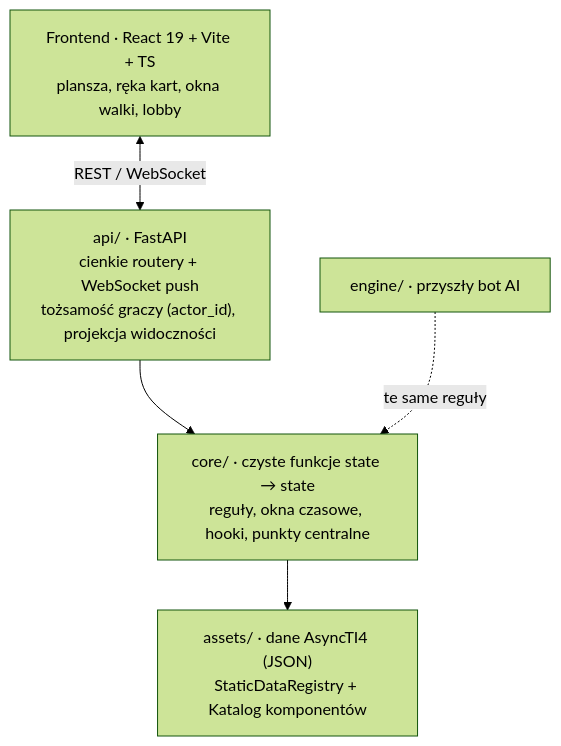
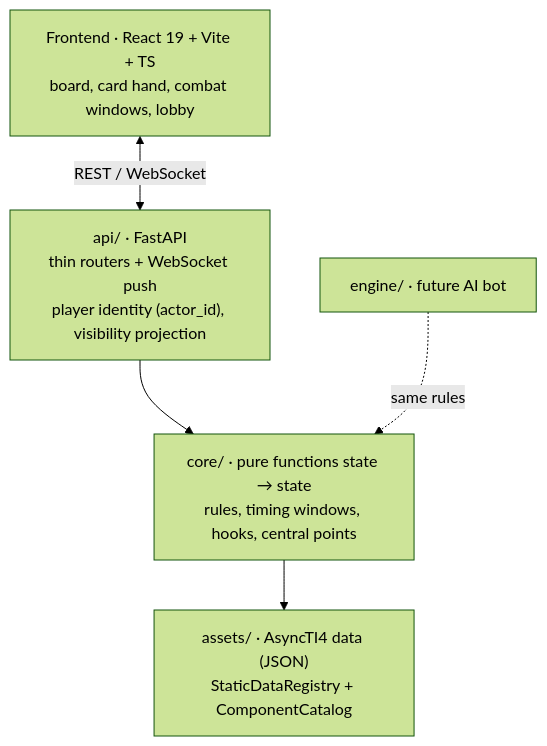
The diagram in README.md (karolm43/Pax-Magnifica), drawn with Mermaid (forest theme) before and after one commit. The commit also changed other lines of this file and 91 other files, not shown here.

````diff
--- a/README.md
+++ b/README.md
@@ -85,13 +85,13 @@
 ```mermaid
 flowchart TD
-    UI["Frontend · React 19 + Vite + TS<br/>plansza, ręka kart, okna walki, lobby"]
-    API["api/ · FastAPI<br/>cienkie routery + WebSocket push<br/>tożsamość graczy (actor_id), projekcja widoczności"]
-    CORE["core/ · czyste funkcje state → state<br/>reguły, okna czasowe, hooki, punkty centralne"]
-    DATA["assets/ · dane AsyncTI4 (JSON)<br/>StaticDataRegistry + Katalog komponentów"]
-    AI["engine/ · przyszły bot AI"]
+    UI["Frontend · React 19 + Vite + TS<br/>board, card hand, combat windows, lobby"]
+    API["api/ · FastAPI<br/>thin routers + WebSocket push<br/>player identity (actor_id), visibility projection"]
+    CORE["core/ · pure functions state → state<br/>rules, timing windows, hooks, central points"]
+    DATA["assets/ · AsyncTI4 data (JSON)<br/>StaticDataRegistry + ComponentCatalog"]
+    AI["engine/ · future AI bot"]
 
     UI <-->|REST / WebSocket| API
     API --> CORE
-    AI -.->|te same reguły| CORE
+    AI -.->|same rules| CORE
     CORE --> DATA
 ```
````
